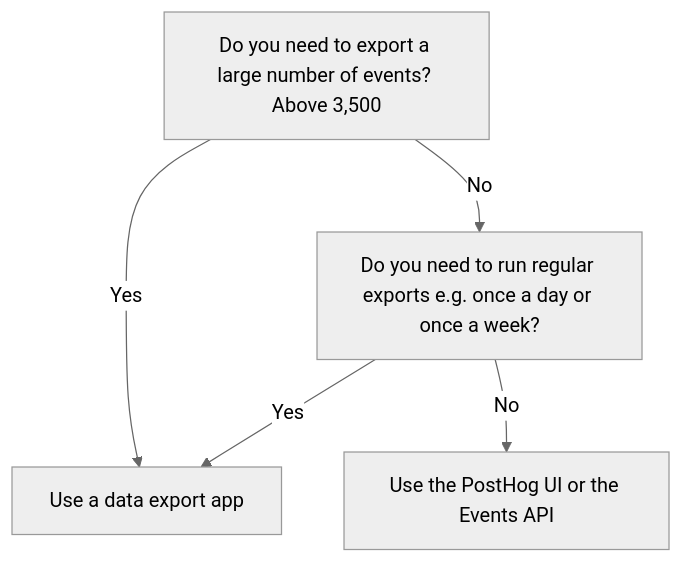
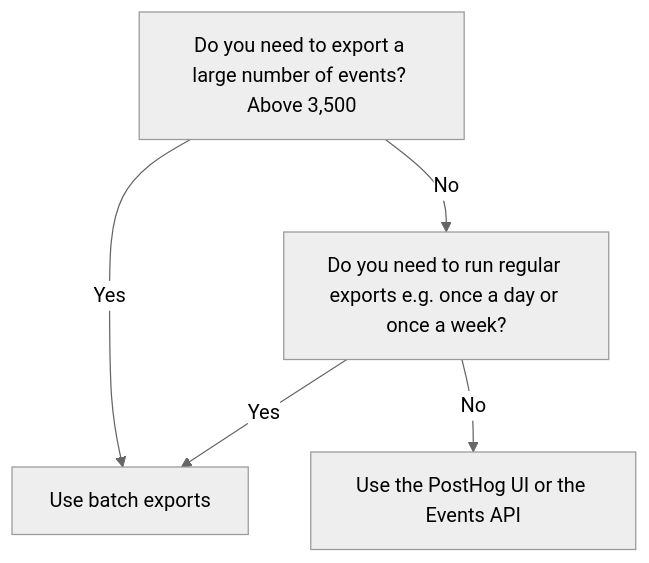
Before and after one commit to PostHog/posthog.com: the diagram in contents/docs/migrate/export-events.md, drawn with Mermaid (neutral theme). The commit also changed other lines of this file and 6 other files, not shown here.

````diff
--- a/contents/docs/migrate/export-events.md
+++ b/contents/docs/migrate/export-events.md
@@ -23,7 +23,7 @@
 ```mermaid
 graph TD
-    A[Do you need to export a large number of events? Above 3,500] --> |Yes| B[Use a data export app]
+    A[Do you need to export a large number of events? Above 3,500] --> |Yes| B[Use batch exports]
     A --> |No| C[Do you need to run regular exports e.g. once a day or once a week?]
     C --> |Yes| B
     C --> |No| E[Use the PostHog UI or the Events API]
 ```
````
